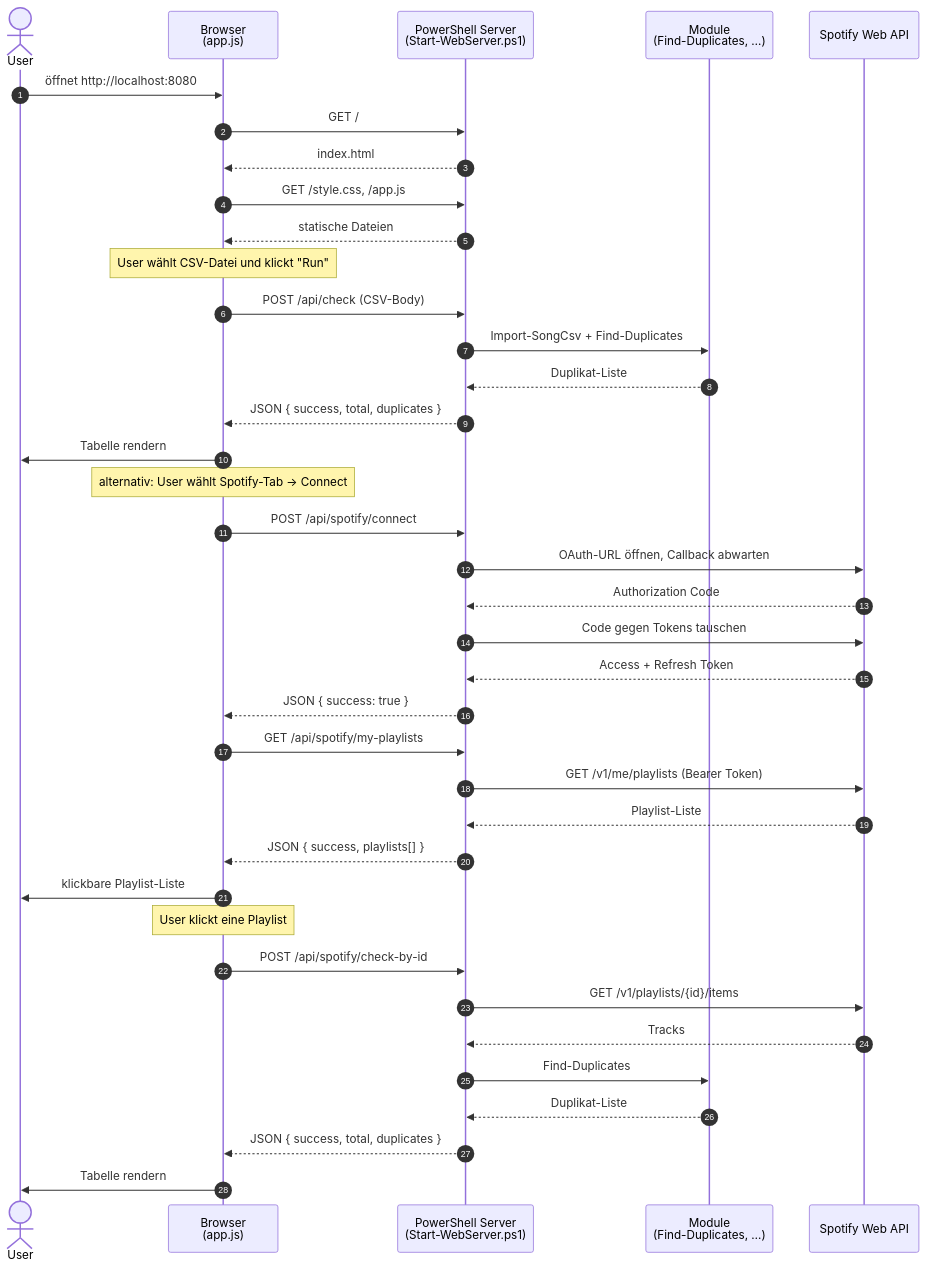
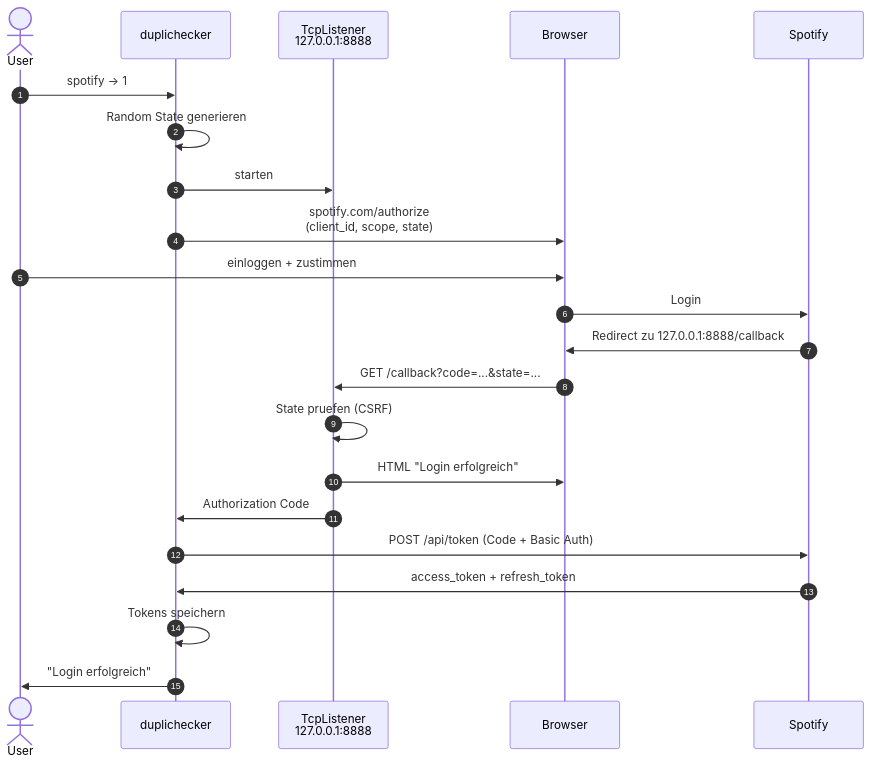
The fourth of 6 diagrams in anhang/flowchart.md (leandrosab/spotify-dup), drawn with Mermaid before and after one commit. The commit also changed other lines of this file, not shown here.

Commit message:
Fixed Flowchart V.2

````diff
--- a/anhang/flowchart.md
+++ b/anhang/flowchart.md
@@ -162,45 +89,25 @@
 ```mermaid
 sequenceDiagram
     autonumber
     actor User
-    participant Browser as Browser<br/>(app.js)
-    participant Server as PowerShell Server<br/>(Start-WebServer.ps1)
-    participant Mod as Module<br/>(Find-Duplicates, …)
-    participant Spotify as Spotify Web API
+    participant CLI as duplichecker
+    participant Listener as TcpListener<br>127.0.0.1:8888
+    participant Browser
+    participant Spotify
 
-    User->>Browser: öffnet http://localhost:8080
-    Browser->>Server: GET /
-    Server-->>Browser: index.html
-    Browser->>Server: GET /style.css, /app.js
-    Server-->>Browser: statische Dateien
-
-    Note over Browser: User wählt CSV-Datei und klickt "Run"
-    Browser->>Server: POST /api/check (CSV-Body)
-    Server->>Mod: Import-SongCsv + Find-Duplicates
-    Mod-->>Server: Duplikat-Liste
-    Server-->>Browser: JSON { success, total, duplicates }
-    Browser->>User: Tabelle rendern
-
-    Note over Browser: alternativ: User wählt Spotify-Tab → Connect
-    Browser->>Server: POST /api/spotify/connect
-    Server->>Spotify: OAuth-URL öffnen, Callback abwarten
-    Spotify-->>Server: Authorization Code
-    Server->>Spotify: Code gegen Tokens tauschen
-    Spotify-->>Server: Access + Refresh Token
-    Server-->>Browser: JSON { success: true }
-
-    Browser->>Server: GET /api/spotify/my-playlists
-    Server->>Spotify: GET /v1/me/playlists (Bearer Token)
-    Spotify-->>Server: Playlist-Liste
-    Server-->>Browser: JSON { success, playlists[] }
-    Browser->>User: klickbare Playlist-Liste
-
-    Note over Browser: User klickt eine Playlist
-    Browser->>Server: POST /api/spotify/check-by-id
-    Server->>Spotify: GET /v1/playlists/{id}/items
-    Spotify-->>Server: Tracks
-    Server->>Mod: Find-Duplicates
-    Mod-->>Server: Duplikat-Liste
-    Server-->>Browser: JSON { success, total, duplicates }
-    Browser->>User: Tabelle rendern
+    User->>CLI: spotify -> 1
+    CLI->>CLI: Random State generieren
+    CLI->>Listener: starten
+    CLI->>Browser: spotify.com/authorize<br>(client_id, scope, state)
+    User->>Browser: einloggen + zustimmen
+    Browser->>Spotify: Login
+    Spotify->>Browser: Redirect zu 127.0.0.1:8888/callback
+    Browser->>Listener: GET /callback?code=...&state=...
+    Listener->>Listener: State pruefen (CSRF)
+    Listener->>Browser: HTML "Login erfolgreich"
+    Listener->>CLI: Authorization Code
+    CLI->>Spotify: POST /api/token (Code + Basic Auth)
+    Spotify->>CLI: access_token + refresh_token
+    CLI->>CLI: Tokens speichern
+    CLI->>User: "Login erfolgreich"
 ```
````
